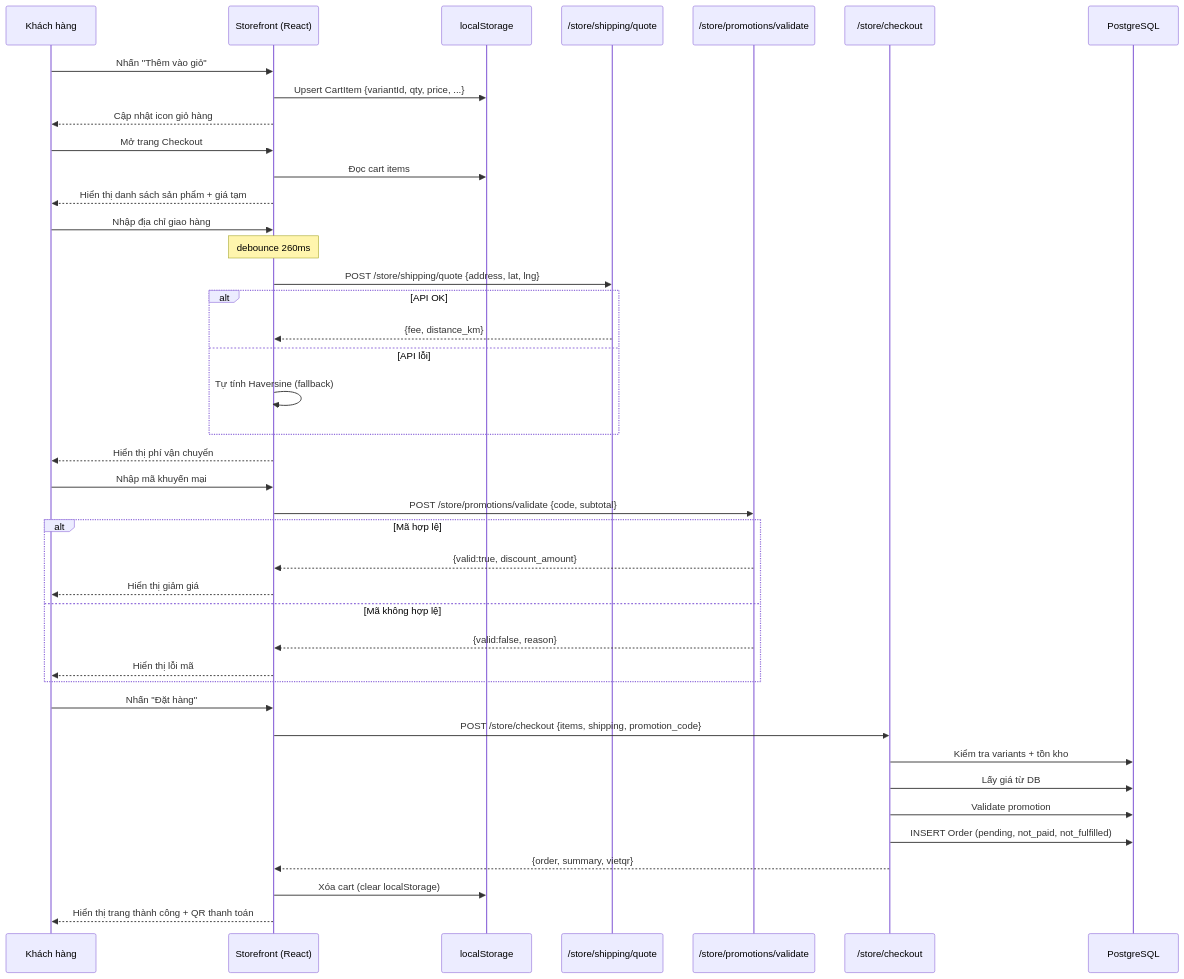
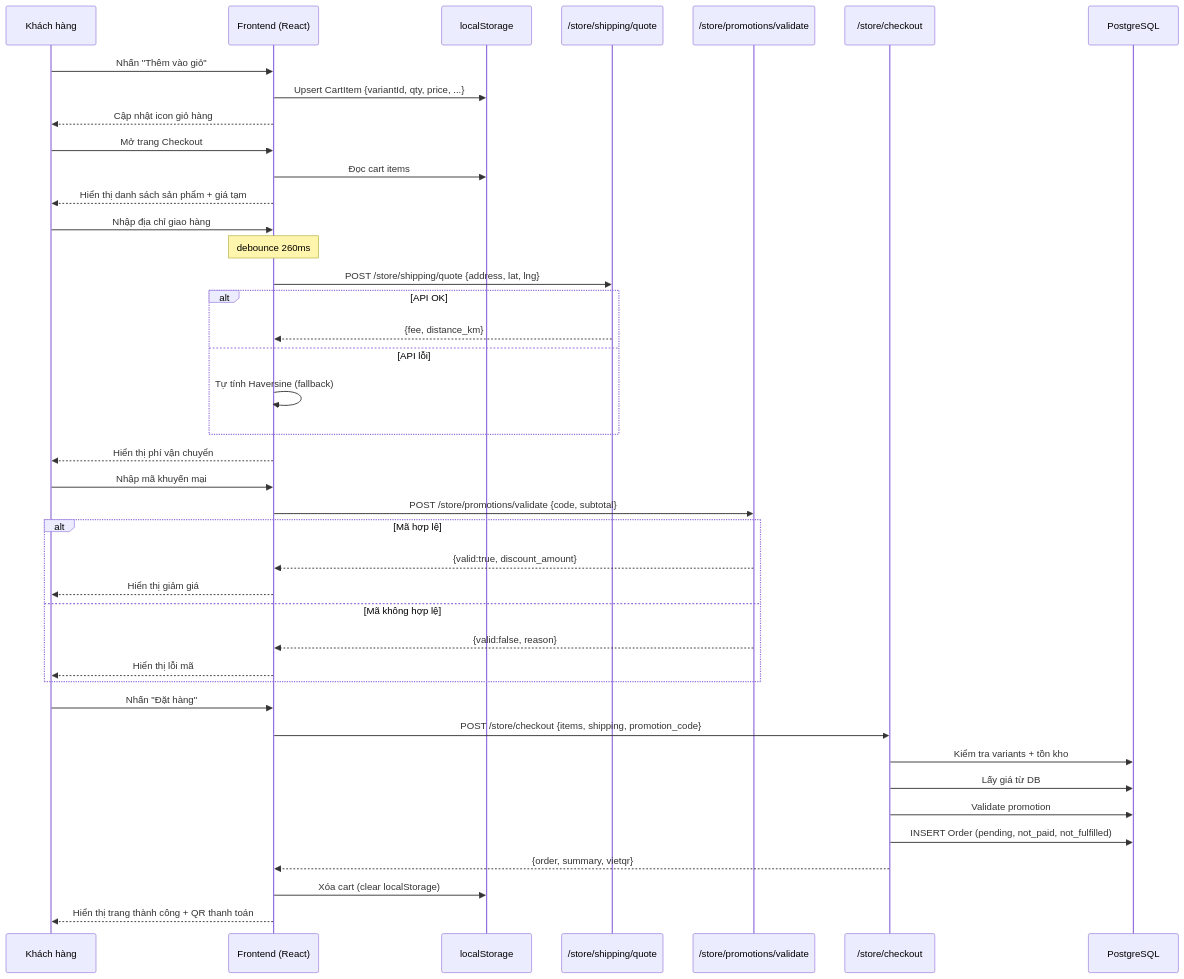
The first of 5 diagrams in docs/03-cart-checkout/data-flow.md (pathust/mong.fruitboxz), drawn with Mermaid before and after one commit. The commit also changed 234 other files, not shown here.

Commit message:
chore: remove review feature and rename storefront to frontend

````diff
--- a/docs/03-cart-checkout/data-flow.md
+++ b/docs/03-cart-checkout/data-flow.md
@@ -9,48 +9,48 @@
 ```mermaid
 sequenceDiagram
     participant U as Khách hàng
-    participant SF as Storefront (React)
+    participant SF as Frontend (React)
     participant LS as localStorage
     participant SHIP as /store/shipping/quote
     participant PROMO as /store/promotions/validate
     participant CHK as /store/checkout
     participant DB as PostgreSQL
 
     U->>SF: Nhấn "Thêm vào giỏ"
     SF->>LS: Upsert CartItem {variantId, qty, price, ...}
     SF-->>U: Cập nhật icon giỏ hàng
 
     U->>SF: Mở trang Checkout
     SF->>LS: Đọc cart items
     SF-->>U: Hiển thị danh sách sản phẩm + giá tạm
 
     U->>SF: Nhập địa chỉ giao hàng
     Note over SF: debounce 260ms
     SF->>SHIP: POST /store/shipping/quote {address, lat, lng}
     alt API OK
         SHIP-->>SF: {fee, distance_km}
     else API lỗi
         SF->>SF: Tự tính Haversine (fallback)
     end
     SF-->>U: Hiển thị phí vận chuyển
 
     U->>SF: Nhập mã khuyến mại
     SF->>PROMO: POST /store/promotions/validate {code, subtotal}
     alt Mã hợp lệ
         PROMO-->>SF: {valid:true, discount_amount}
         SF-->>U: Hiển thị giảm giá
     else Mã không hợp lệ
         PROMO-->>SF: {valid:false, reason}
         SF-->>U: Hiển thị lỗi mã
     end
 
     U->>SF: Nhấn "Đặt hàng"
     SF->>CHK: POST /store/checkout {items, shipping, promotion_code}
     CHK->>DB: Kiểm tra variants + tồn kho
     CHK->>DB: Lấy giá từ DB
     CHK->>DB: Validate promotion
     CHK->>DB: INSERT Order (pending, not_paid, not_fulfilled)
     CHK-->>SF: {order, summary, vietqr}
     SF->>LS: Xóa cart (clear localStorage)
     SF-->>U: Hiển thị trang thành công + QR thanh toán
 ```
````
